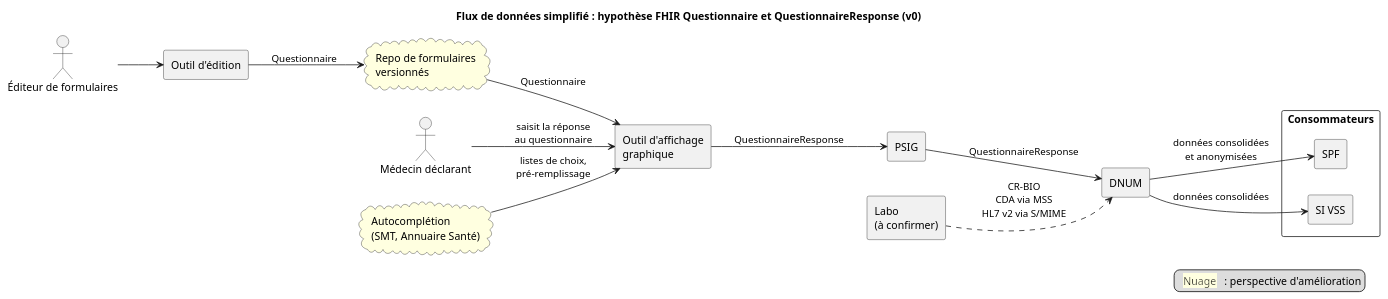
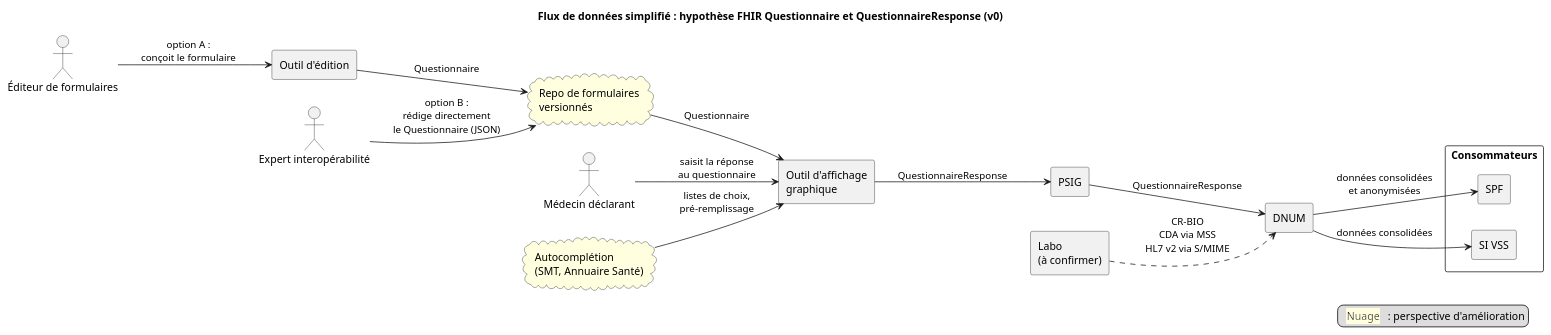
The diagram in input/images-source/architecture-flux-donnees-simplifie.plantuml (nriss/ig-test-dmso), drawn with PlantUML before and after one commit.

Commit message:
Diagramme flux simplifié : deux options de conception du Questionnaire (outil d'édition ou JSON par l'expert interopérabilité)

```diff
--- a/input/images-source/architecture-flux-donnees-simplifie.plantuml
+++ b/input/images-source/architecture-flux-donnees-simplifie.plantuml
@@ -1,36 +1,38 @@
 @startuml
 ' Version 0 - à améliorer
 title Flux de données simplifié : hypothèse FHIR Questionnaire et QuestionnaireResponse (v0)
 
 left to right direction
 
 actor "Éditeur de formulaires" as ED
+actor "Expert interopérabilité" as EI
 actor "Médecin déclarant" as PS
 
 rectangle "Outil d'édition" as FD
 cloud "Repo de formulaires\nversionnés" as FM #LightYellow
 rectangle "Outil d'affichage\ngraphique" as FF
 cloud "Autocomplétion\n(SMT, Annuaire Santé)" as AC #LightYellow
 rectangle "PSIG" as PSIG
 rectangle "DNUM" as DNUM
 rectangle "Labo\n(à confirmer)" as DMP
 rectangle "Consommateurs" as DEST {
   rectangle "SPF" as SPF
   rectangle "SI VSS" as VSS
 }
 
-ED --> FD
+ED --> FD : option A :\nconçoit le formulaire
 FD --> FM : Questionnaire
+EI --> FM : option B :\nrédige directement\nle Questionnaire (JSON)
 FM --> FF : Questionnaire
 AC --> FF : listes de choix,\npré-remplissage
 PS --> FF : saisit la réponse\nau questionnaire
 FF --> PSIG : QuestionnaireResponse
 PSIG --> DNUM : QuestionnaireResponse
 DMP ..> DNUM : CR-BIO\nCDA via MSS\nHL7 v2 via S/MIME
 DNUM --> VSS : données consolidées
 DNUM --> SPF : données consolidées\net anonymisées
 
 legend right
   <back:LightYellow>  Nuage  </back> : perspective d'amélioration
 endlegend
 @enduml
```
